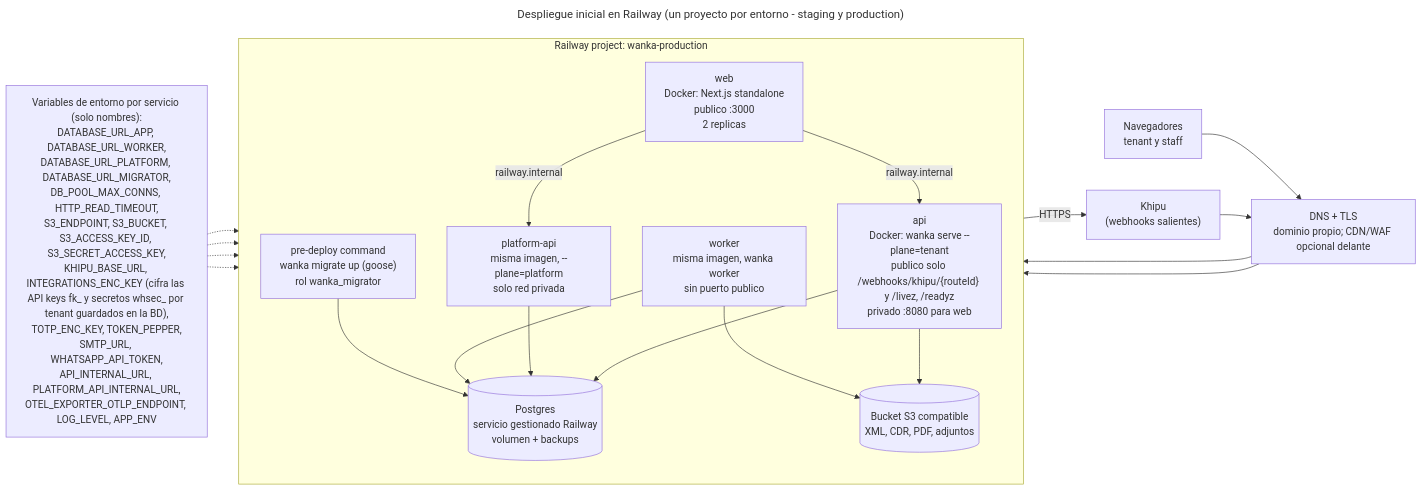
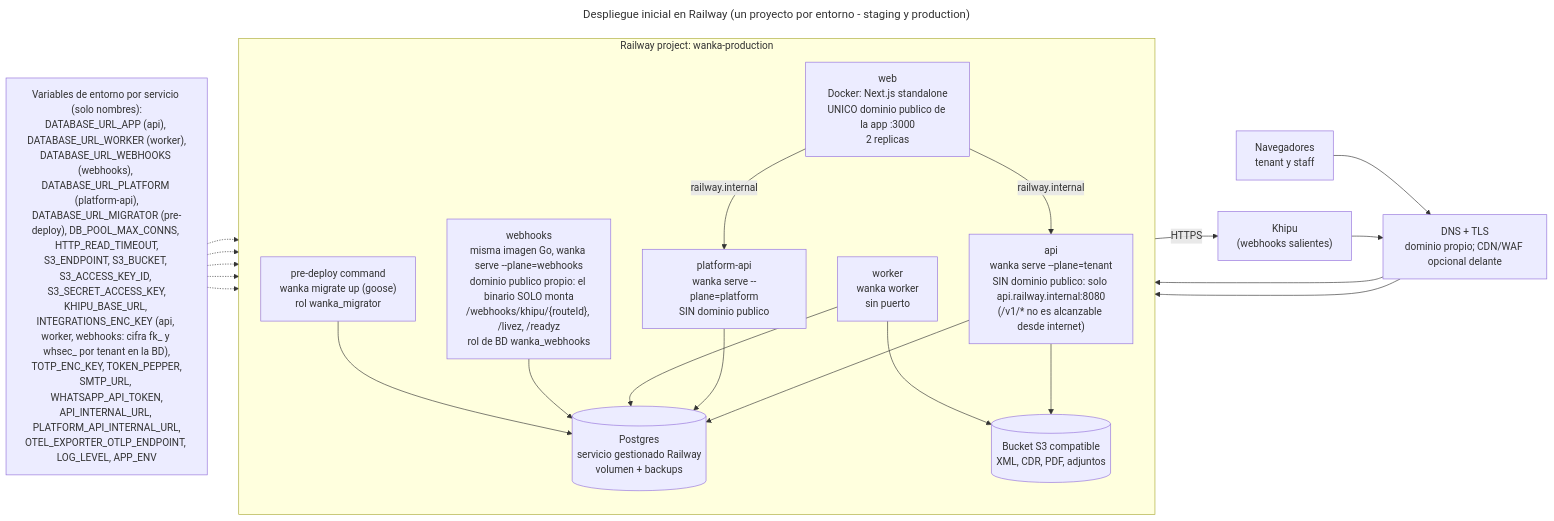
The diagram in docs/architecture/deployment/railway.mmd (bacsystem/wanka), drawn with Mermaid before and after one commit. The commit also changed 7 other files, not shown here.

First line of the commit message:
docs(architecture): keep /v1 private on Railway with a separate webhooks service

```diff
--- a/docs/architecture/deployment/railway.mmd
+++ b/docs/architecture/deployment/railway.mmd
@@ -1,36 +1,39 @@
 ---
 title: Despliegue inicial en Railway (un proyecto por entorno - staging y production)
 ---
 flowchart LR
   user["Navegadores<br/>tenant y staff"]
   khipu["Khipu<br/>(webhooks salientes)"]
   dns["DNS + TLS<br/>dominio propio; CDN/WAF opcional delante"]
 
   subgraph railway["Railway project: wanka-production"]
     direction TB
-    web["web<br/>Docker: Next.js standalone<br/>publico :3000<br/>2 replicas"]
-    api["api<br/>Docker: wanka serve --plane=tenant<br/>publico solo /webhooks/khipu/{routeId} y /livez, /readyz<br/>privado :8080 para web"]
-    papi["platform-api<br/>misma imagen, --plane=platform<br/>solo red privada"]
-    worker["worker<br/>misma imagen, wanka worker<br/>sin puerto publico"]
+    web["web<br/>Docker: Next.js standalone<br/>UNICO dominio publico de la app :3000<br/>2 replicas"]
+    webhooks["webhooks<br/>misma imagen Go, wanka serve --plane=webhooks<br/>dominio publico propio: el binario SOLO monta<br/>/webhooks/khipu/{routeId}, /livez, /readyz<br/>rol de BD wanka_webhooks"]
+    api["api<br/>wanka serve --plane=tenant<br/>SIN dominio publico: solo api.railway.internal:8080<br/>(/v1/* no es alcanzable desde internet)"]
+    papi["platform-api<br/>wanka serve --plane=platform<br/>SIN dominio publico"]
+    worker["worker<br/>wanka worker<br/>sin puerto"]
     migrate["pre-deploy command<br/>wanka migrate up (goose)<br/>rol wanka_migrator"]
     pg[("Postgres<br/>servicio gestionado Railway<br/>volumen + backups")]
     bucket[("Bucket S3 compatible<br/>XML, CDR, PDF, adjuntos")]
   end
 
-  secrets["Variables de entorno por servicio (solo nombres):<br/>DATABASE_URL_APP, DATABASE_URL_WORKER,<br/>DATABASE_URL_PLATFORM, DATABASE_URL_MIGRATOR,<br/>DB_POOL_MAX_CONNS, HTTP_READ_TIMEOUT,<br/>S3_ENDPOINT, S3_BUCKET, S3_ACCESS_KEY_ID, S3_SECRET_ACCESS_KEY,<br/>KHIPU_BASE_URL, INTEGRATIONS_ENC_KEY (cifra las API keys fk_ y secretos whsec_ por tenant guardados en la BD),<br/>TOTP_ENC_KEY, TOKEN_PEPPER,<br/>SMTP_URL, WHATSAPP_API_TOKEN,<br/>API_INTERNAL_URL, PLATFORM_API_INTERNAL_URL,<br/>OTEL_EXPORTER_OTLP_ENDPOINT, LOG_LEVEL, APP_ENV"]
+  secrets["Variables de entorno por servicio (solo nombres):<br/>DATABASE_URL_APP (api), DATABASE_URL_WORKER (worker),<br/>DATABASE_URL_WEBHOOKS (webhooks), DATABASE_URL_PLATFORM (platform-api),<br/>DATABASE_URL_MIGRATOR (pre-deploy), DB_POOL_MAX_CONNS, HTTP_READ_TIMEOUT,<br/>S3_ENDPOINT, S3_BUCKET, S3_ACCESS_KEY_ID, S3_SECRET_ACCESS_KEY,<br/>KHIPU_BASE_URL, INTEGRATIONS_ENC_KEY (api, worker, webhooks: cifra fk_ y whsec_ por tenant en la BD),<br/>TOTP_ENC_KEY, TOKEN_PEPPER,<br/>SMTP_URL, WHATSAPP_API_TOKEN,<br/>API_INTERNAL_URL, PLATFORM_API_INTERNAL_URL,<br/>OTEL_EXPORTER_OTLP_ENDPOINT, LOG_LEVEL, APP_ENV"]
 
   user --> dns --> web
-  khipu --> dns --> api
+  khipu --> dns --> webhooks
   web -->|"railway.internal"| api
   web -->|"railway.internal"| papi
   api --> pg
   papi --> pg
   worker --> pg
+  webhooks --> pg
   migrate --> pg
   api --> bucket
   worker --> bucket
   worker -->|"HTTPS"| khipu
   secrets -.-> api
   secrets -.-> papi
   secrets -.-> worker
+  secrets -.-> webhooks
   secrets -.-> web
```
